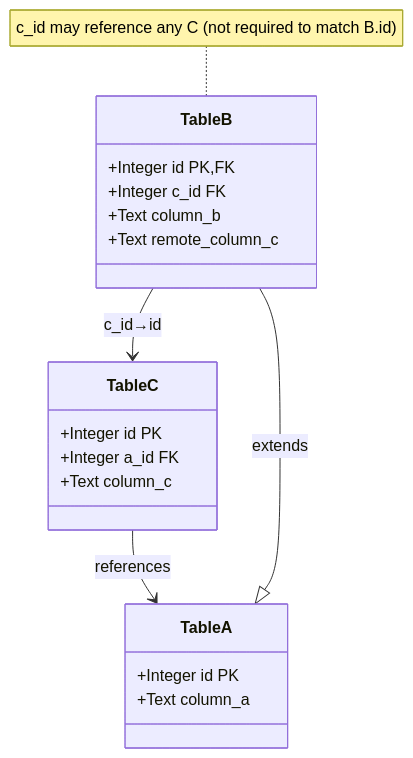
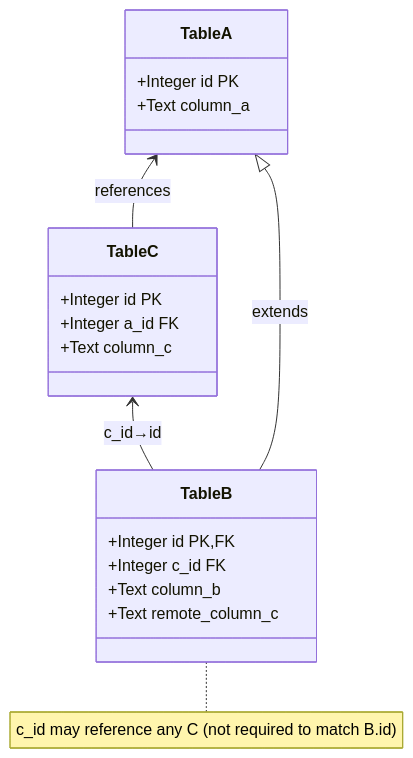
One commit to LucaCappelletti94/diesel-builders changed the sixth of 7 diagrams in README.md. Above: the diagram before and after it, drawn with Mermaid. The commit also changed other lines of this file, not shown here.

````diff
--- a/README.md
+++ b/README.md
@@ -430,22 +434,23 @@
 ```mermaid
 classDiagram
+    direction BT
     class TableA {
         +Integer id PK
         +Text column_a
     }
     class TableC {
         +Integer id PK
         +Integer a_id FK
         +Text column_c
     }
     class TableB {
         +Integer id PK,FK
         +Integer c_id FK
         +Text column_b
         +Text remote_column_c
     }
     TableC --> TableA : references
     TableB --|> TableA : extends
     TableB --> TableC : c_id→id
     note for TableB "c_id may reference any C (not required to match B.id)"
 ```
````
